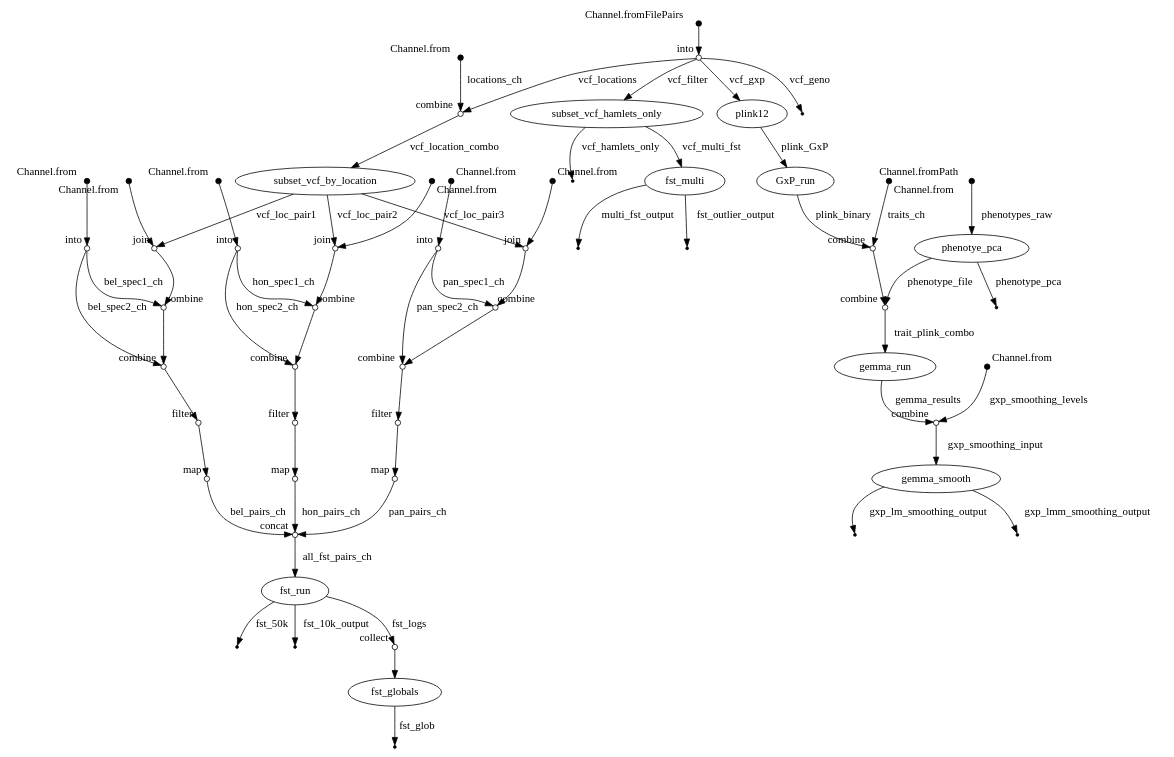
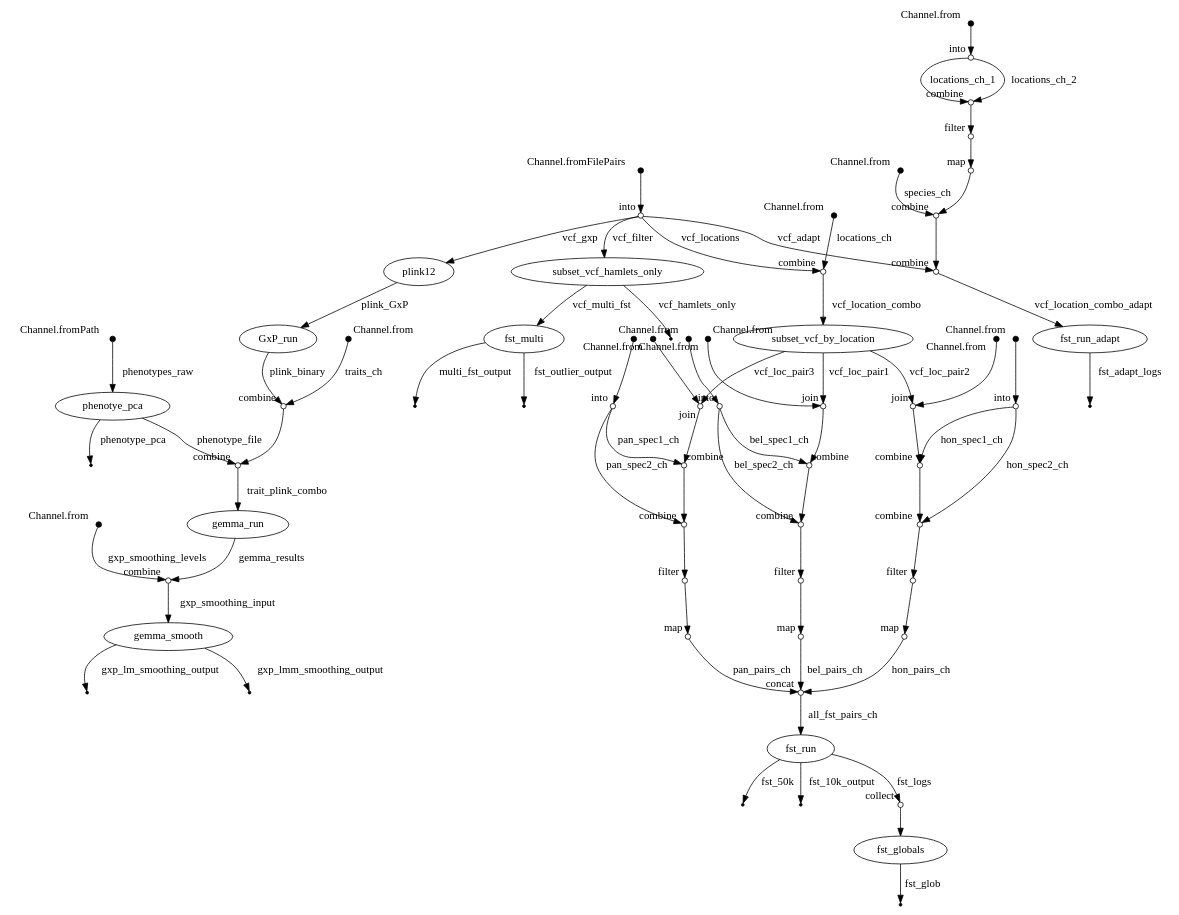
Before and after one commit to k-hench/hamlet_radiation: the diagram in docs/analysis_basic.dot, drawn with Graphviz. The commit also changed 31 other files, not shown here.

```diff
--- a/docs/analysis_basic.dot
+++ b/docs/analysis_basic.dot
@@ -4,239 +4,279 @@
 p0 -> p1;
 
 p1 [shape=circle,label="",fixedsize=true,width=0.1,xlabel="into"];
-p4 [shape=circle,label="",fixedsize=true,width=0.1,xlabel="combine"];
-p1 -> p4 [label="vcf_locations"];
+p41 [label="plink12"];
+p1 -> p41 [label="vcf_gxp"];
 
 p1 [shape=circle,label="",fixedsize=true,width=0.1,xlabel="into"];
-p12 [label="subset_vcf_hamlets_only"];
-p1 -> p12 [label="vcf_filter"];
+p62 [shape=circle,label="",fixedsize=true,width=0.1,xlabel="combine"];
+p1 -> p62 [label="vcf_adapt"];
 
 p1 [shape=circle,label="",fixedsize=true,width=0.1,xlabel="into"];
-p42 [label="plink12"];
-p1 -> p42 [label="vcf_gxp"];
+p3 [shape=circle,label="",fixedsize=true,width=0.1,xlabel="combine"];
+p1 -> p3 [label="vcf_locations"];
 
 p1 [shape=circle,label="",fixedsize=true,width=0.1,xlabel="into"];
-p2 [shape=point];
-p1 -> p2 [label="vcf_geno"];
+p11 [label="subset_vcf_hamlets_only"];
+p1 -> p11 [label="vcf_filter"];
 
-p3 [shape=point,label="",fixedsize=true,width=0.1,xlabel="Channel.from"];
-p4 [shape=circle,label="",fixedsize=true,width=0.1,xlabel="combine"];
-p3 -> p4 [label="locations_ch"];
+p2 [shape=point,label="",fixedsize=true,width=0.1,xlabel="Channel.from"];
+p3 [shape=circle,label="",fixedsize=true,width=0.1,xlabel="combine"];
+p2 -> p3 [label="locations_ch"];
 
-p4 [shape=circle,label="",fixedsize=true,width=0.1,xlabel="combine"];
-p11 [label="subset_vcf_by_location"];
-p4 -> p11 [label="vcf_location_combo"];
+p3 [shape=circle,label="",fixedsize=true,width=0.1,xlabel="combine"];
+p10 [label="subset_vcf_by_location"];
+p3 -> p10 [label="vcf_location_combo"];
 
-p5 [shape=point,label="",fixedsize=true,width=0.1,xlabel="Channel.from"];
-p6 [shape=circle,label="",fixedsize=true,width=0.1,xlabel="into"];
-p5 -> p6;
+p4 [shape=point,label="",fixedsize=true,width=0.1,xlabel="Channel.from"];
+p5 [shape=circle,label="",fixedsize=true,width=0.1,xlabel="into"];
+p4 -> p5;
 
-p6 [shape=circle,label="",fixedsize=true,width=0.1,xlabel="into"];
+p5 [shape=circle,label="",fixedsize=true,width=0.1,xlabel="into"];
 p19 [shape=circle,label="",fixedsize=true,width=0.1,xlabel="combine"];
-p6 -> p19 [label="bel_spec1_ch"];
+p5 -> p19 [label="bel_spec2_ch"];
 
-p6 [shape=circle,label="",fixedsize=true,width=0.1,xlabel="into"];
-p20 [shape=circle,label="",fixedsize=true,width=0.1,xlabel="combine"];
-p6 -> p20 [label="bel_spec2_ch"];
+p5 [shape=circle,label="",fixedsize=true,width=0.1,xlabel="into"];
+p18 [shape=circle,label="",fixedsize=true,width=0.1,xlabel="combine"];
+p5 -> p18 [label="bel_spec1_ch"];
 
-p7 [shape=point,label="",fixedsize=true,width=0.1,xlabel="Channel.from"];
-p8 [shape=circle,label="",fixedsize=true,width=0.1,xlabel="into"];
-p7 -> p8;
+p6 [shape=point,label="",fixedsize=true,width=0.1,xlabel="Channel.from"];
+p7 [shape=circle,label="",fixedsize=true,width=0.1,xlabel="into"];
+p6 -> p7;
 
-p8 [shape=circle,label="",fixedsize=true,width=0.1,xlabel="into"];
+p7 [shape=circle,label="",fixedsize=true,width=0.1,xlabel="into"];
+p24 [shape=circle,label="",fixedsize=true,width=0.1,xlabel="combine"];
+p7 -> p24 [label="hon_spec1_ch"];
+
+p7 [shape=circle,label="",fixedsize=true,width=0.1,xlabel="into"];
 p25 [shape=circle,label="",fixedsize=true,width=0.1,xlabel="combine"];
-p8 -> p25 [label="hon_spec1_ch"];
+p7 -> p25 [label="hon_spec2_ch"];
 
-p8 [shape=circle,label="",fixedsize=true,width=0.1,xlabel="into"];
-p26 [shape=circle,label="",fixedsize=true,width=0.1,xlabel="combine"];
-p8 -> p26 [label="hon_spec2_ch"];
+p8 [shape=point,label="",fixedsize=true,width=0.1,xlabel="Channel.from"];
+p9 [shape=circle,label="",fixedsize=true,width=0.1,xlabel="into"];
+p8 -> p9;
 
-p9 [shape=point,label="",fixedsize=true,width=0.1,xlabel="Channel.from"];
-p10 [shape=circle,label="",fixedsize=true,width=0.1,xlabel="into"];
-p9 -> p10;
+p9 [shape=circle,label="",fixedsize=true,width=0.1,xlabel="into"];
+p31 [shape=circle,label="",fixedsize=true,width=0.1,xlabel="combine"];
+p9 -> p31 [label="pan_spec2_ch"];
 
-p10 [shape=circle,label="",fixedsize=true,width=0.1,xlabel="into"];
-p31 [shape=circle,label="",fixedsize=true,width=0.1,xlabel="combine"];
-p10 -> p31 [label="pan_spec1_ch"];
+p9 [shape=circle,label="",fixedsize=true,width=0.1,xlabel="into"];
+p30 [shape=circle,label="",fixedsize=true,width=0.1,xlabel="combine"];
+p9 -> p30 [label="pan_spec1_ch"];
 
-p10 [shape=circle,label="",fixedsize=true,width=0.1,xlabel="into"];
-p32 [shape=circle,label="",fixedsize=true,width=0.1,xlabel="combine"];
-p10 -> p32 [label="pan_spec2_ch"];
+p10 [label="subset_vcf_by_location"];
+p17 [shape=circle,label="",fixedsize=true,width=0.1,xlabel="join"];
+p10 -> p17 [label="vcf_loc_pair1"];
 
-p11 [label="subset_vcf_by_location"];
-p18 [shape=circle,label="",fixedsize=true,width=0.1,xlabel="join"];
-p11 -> p18 [label="vcf_loc_pair1"];
+p10 [label="subset_vcf_by_location"];
+p23 [shape=circle,label="",fixedsize=true,width=0.1,xlabel="join"];
+p10 -> p23 [label="vcf_loc_pair2"];
 
-p11 [label="subset_vcf_by_location"];
-p24 [shape=circle,label="",fixedsize=true,width=0.1,xlabel="join"];
-p11 -> p24 [label="vcf_loc_pair2"];
+p10 [label="subset_vcf_by_location"];
+p29 [shape=circle,label="",fixedsize=true,width=0.1,xlabel="join"];
+p10 -> p29 [label="vcf_loc_pair3"];
 
-p11 [label="subset_vcf_by_location"];
-p30 [shape=circle,label="",fixedsize=true,width=0.1,xlabel="join"];
-p11 -> p30 [label="vcf_loc_pair3"];
+p11 [label="subset_vcf_hamlets_only"];
+p12 [shape=point];
+p11 -> p12 [label="vcf_hamlets_only"];
 
-p12 [label="subset_vcf_hamlets_only"];
-p13 [shape=point];
-p12 -> p13 [label="vcf_hamlets_only"];
+p11 [label="subset_vcf_hamlets_only"];
+p13 [label="fst_multi"];
+p11 -> p13 [label="vcf_multi_fst"];
 
-p12 [label="subset_vcf_hamlets_only"];
-p14 [label="fst_multi"];
-p12 -> p14 [label="vcf_multi_fst"];
+p13 [label="fst_multi"];
+p15 [shape=point];
+p13 -> p15 [label="multi_fst_output"];
 
-p14 [label="fst_multi"];
-p16 [shape=point];
-p14 -> p16 [label="multi_fst_output"];
+p13 [label="fst_multi"];
+p14 [shape=point];
+p13 -> p14 [label="fst_outlier_output"];
 
-p14 [label="fst_multi"];
-p15 [shape=point];
-p14 -> p15 [label="fst_outlier_output"];
+p16 [shape=point,label="",fixedsize=true,width=0.1,xlabel="Channel.from"];
+p17 [shape=circle,label="",fixedsize=true,width=0.1,xlabel="join"];
+p16 -> p17;
 
-p17 [shape=point,label="",fixedsize=true,width=0.1,xlabel="Channel.from"];
-p18 [shape=circle,label="",fixedsize=true,width=0.1,xlabel="join"];
+p17 [shape=circle,label="",fixedsize=true,width=0.1,xlabel="join"];
+p18 [shape=circle,label="",fixedsize=true,width=0.1,xlabel="combine"];
 p17 -> p18;
 
-p18 [shape=circle,label="",fixedsize=true,width=0.1,xlabel="join"];
+p18 [shape=circle,label="",fixedsize=true,width=0.1,xlabel="combine"];
 p19 [shape=circle,label="",fixedsize=true,width=0.1,xlabel="combine"];
 p18 -> p19;
 
 p19 [shape=circle,label="",fixedsize=true,width=0.1,xlabel="combine"];
-p20 [shape=circle,label="",fixedsize=true,width=0.1,xlabel="combine"];
+p20 [shape=circle,label="",fixedsize=true,width=0.1,xlabel="filter"];
 p19 -> p20;
 
-p20 [shape=circle,label="",fixedsize=true,width=0.1,xlabel="combine"];
-p21 [shape=circle,label="",fixedsize=true,width=0.1,xlabel="filter"];
+p20 [shape=circle,label="",fixedsize=true,width=0.1,xlabel="filter"];
+p21 [shape=circle,label="",fixedsize=true,width=0.1,xlabel="map"];
 p20 -> p21;
 
-p21 [shape=circle,label="",fixedsize=true,width=0.1,xlabel="filter"];
-p22 [shape=circle,label="",fixedsize=true,width=0.1,xlabel="map"];
-p21 -> p22;
+p21 [shape=circle,label="",fixedsize=true,width=0.1,xlabel="map"];
+p34 [shape=circle,label="",fixedsize=true,width=0.1,xlabel="concat"];
+p21 -> p34 [label="bel_pairs_ch"];
 
-p22 [shape=circle,label="",fixedsize=true,width=0.1,xlabel="map"];
-p35 [shape=circle,label="",fixedsize=true,width=0.1,xlabel="concat"];
-p22 -> p35 [label="bel_pairs_ch"];
+p22 [shape=point,label="",fixedsize=true,width=0.1,xlabel="Channel.from"];
+p23 [shape=circle,label="",fixedsize=true,width=0.1,xlabel="join"];
+p22 -> p23;
 
-p23 [shape=point,label="",fixedsize=true,width=0.1,xlabel="Channel.from"];
-p24 [shape=circle,label="",fixedsize=true,width=0.1,xlabel="join"];
+p23 [shape=circle,label="",fixedsize=true,width=0.1,xlabel="join"];
+p24 [shape=circle,label="",fixedsize=true,width=0.1,xlabel="combine"];
 p23 -> p24;
 
-p24 [shape=circle,label="",fixedsize=true,width=0.1,xlabel="join"];
+p24 [shape=circle,label="",fixedsize=true,width=0.1,xlabel="combine"];
 p25 [shape=circle,label="",fixedsize=true,width=0.1,xlabel="combine"];
 p24 -> p25;
 
 p25 [shape=circle,label="",fixedsize=true,width=0.1,xlabel="combine"];
-p26 [shape=circle,label="",fixedsize=true,width=0.1,xlabel="combine"];
+p26 [shape=circle,label="",fixedsize=true,width=0.1,xlabel="filter"];
 p25 -> p26;
 
-p26 [shape=circle,label="",fixedsize=true,width=0.1,xlabel="combine"];
-p27 [shape=circle,label="",fixedsize=true,width=0.1,xlabel="filter"];
+p26 [shape=circle,label="",fixedsize=true,width=0.1,xlabel="filter"];
+p27 [shape=circle,label="",fixedsize=true,width=0.1,xlabel="map"];
 p26 -> p27;
 
-p27 [shape=circle,label="",fixedsize=true,width=0.1,xlabel="filter"];
-p28 [shape=circle,label="",fixedsize=true,width=0.1,xlabel="map"];
-p27 -> p28;
+p27 [shape=circle,label="",fixedsize=true,width=0.1,xlabel="map"];
+p34 [shape=circle,label="",fixedsize=true,width=0.1,xlabel="concat"];
+p27 -> p34 [label="hon_pairs_ch"];
 
-p28 [shape=circle,label="",fixedsize=true,width=0.1,xlabel="map"];
-p35 [shape=circle,label="",fixedsize=true,width=0.1,xlabel="concat"];
-p28 -> p35 [label="hon_pairs_ch"];
+p28 [shape=point,label="",fixedsize=true,width=0.1,xlabel="Channel.from"];
+p29 [shape=circle,label="",fixedsize=true,width=0.1,xlabel="join"];
+p28 -> p29;
 
-p29 [shape=point,label="",fixedsize=true,width=0.1,xlabel="Channel.from"];
-p30 [shape=circle,label="",fixedsize=true,width=0.1,xlabel="join"];
+p29 [shape=circle,label="",fixedsize=true,width=0.1,xlabel="join"];
+p30 [shape=circle,label="",fixedsize=true,width=0.1,xlabel="combine"];
 p29 -> p30;
 
-p30 [shape=circle,label="",fixedsize=true,width=0.1,xlabel="join"];
+p30 [shape=circle,label="",fixedsize=true,width=0.1,xlabel="combine"];
 p31 [shape=circle,label="",fixedsize=true,width=0.1,xlabel="combine"];
 p30 -> p31;
 
 p31 [shape=circle,label="",fixedsize=true,width=0.1,xlabel="combine"];
-p32 [shape=circle,label="",fixedsize=true,width=0.1,xlabel="combine"];
+p32 [shape=circle,label="",fixedsize=true,width=0.1,xlabel="filter"];
 p31 -> p32;
 
-p32 [shape=circle,label="",fixedsize=true,width=0.1,xlabel="combine"];
-p33 [shape=circle,label="",fixedsize=true,width=0.1,xlabel="filter"];
+p32 [shape=circle,label="",fixedsize=true,width=0.1,xlabel="filter"];
+p33 [shape=circle,label="",fixedsize=true,width=0.1,xlabel="map"];
 p32 -> p33;
 
-p33 [shape=circle,label="",fixedsize=true,width=0.1,xlabel="filter"];
-p34 [shape=circle,label="",fixedsize=true,width=0.1,xlabel="map"];
-p33 -> p34;
+p33 [shape=circle,label="",fixedsize=true,width=0.1,xlabel="map"];
+p34 [shape=circle,label="",fixedsize=true,width=0.1,xlabel="concat"];
+p33 -> p34 [label="pan_pairs_ch"];
 
-p34 [shape=circle,label="",fixedsize=true,width=0.1,xlabel="map"];
-p35 [shape=circle,label="",fixedsize=true,width=0.1,xlabel="concat"];
-p34 -> p35 [label="pan_pairs_ch"];
+p34 [shape=circle,label="",fixedsize=true,width=0.1,xlabel="concat"];
+p35 [label="fst_run"];
+p34 -> p35 [label="all_fst_pairs_ch"];
 
-p35 [shape=circle,label="",fixedsize=true,width=0.1,xlabel="concat"];
-p36 [label="fst_run"];
-p35 -> p36 [label="all_fst_pairs_ch"];
+p35 [label="fst_run"];
+p37 [shape=point];
+p35 -> p37 [label="fst_50k"];
 
-p36 [label="fst_run"];
-p38 [shape=point];
-p36 -> p38 [label="fst_50k"];
+p35 [label="fst_run"];
+p36 [shape=point];
+p35 -> p36 [label="fst_10k_output"];
 
-p36 [label="fst_run"];
-p37 [shape=point];
-p36 -> p37 [label="fst_10k_output"];
+p35 [label="fst_run"];
+p38 [shape=circle,label="",fixedsize=true,width=0.1,xlabel="collect"];
+p35 -> p38 [label="fst_logs"];
 
-p36 [label="fst_run"];
-p39 [shape=circle,label="",fixedsize=true,width=0.1,xlabel="collect"];
-p36 -> p39 [label="fst_logs"];
+p38 [shape=circle,label="",fixedsize=true,width=0.1,xlabel="collect"];
+p39 [label="fst_globals"];
+p38 -> p39;
 
-p39 [shape=circle,label="",fixedsize=true,width=0.1,xlabel="collect"];
-p40 [label="fst_globals"];
-p39 -> p40;
+p39 [label="fst_globals"];
+p40 [shape=point];
+p39 -> p40 [label="fst_glob"];
 
-p40 [label="fst_globals"];
-p41 [shape=point];
-p40 -> p41 [label="fst_glob"];
+p41 [label="plink12"];
+p42 [label="GxP_run"];
+p41 -> p42 [label="plink_GxP"];
 
-p42 [label="plink12"];
-p43 [label="GxP_run"];
-p42 -> p43 [label="plink_GxP"];
+p42 [label="GxP_run"];
+p47 [shape=circle,label="",fixedsize=true,width=0.1,xlabel="combine"];
+p42 -> p47 [label="plink_binary"];
 
-p43 [label="GxP_run"];
+p43 [shape=point,label="",fixedsize=true,width=0.1,xlabel="Channel.fromPath"];
+p44 [label="phenotye_pca"];
+p43 -> p44 [label="phenotypes_raw"];
+
+p44 [label="phenotye_pca"];
 p48 [shape=circle,label="",fixedsize=true,width=0.1,xlabel="combine"];
-p43 -> p48 [label="plink_binary"];
+p44 -> p48 [label="phenotype_file"];
 
-p44 [shape=point,label="",fixedsize=true,width=0.1,xlabel="Channel.fromPath"];
-p45 [label="phenotye_pca"];
-p44 -> p45 [label="phenotypes_raw"];
+p44 [label="phenotye_pca"];
+p45 [shape=point];
+p44 -> p45 [label="phenotype_pca"];
 
-p45 [label="phenotye_pca"];
-p49 [shape=circle,label="",fixedsize=true,width=0.1,xlabel="combine"];
-p45 -> p49 [label="phenotype_file"];
+p46 [shape=point,label="",fixedsize=true,width=0.1,xlabel="Channel.from"];
+p47 [shape=circle,label="",fixedsize=true,width=0.1,xlabel="combine"];
+p46 -> p47 [label="traits_ch"];
 
-p45 [label="phenotye_pca"];
-p46 [shape=point];
-p45 -> p46 [label="phenotype_pca"];
-
-p47 [shape=point,label="",fixedsize=true,width=0.1,xlabel="Channel.from"];
+p47 [shape=circle,label="",fixedsize=true,width=0.1,xlabel="combine"];
 p48 [shape=circle,label="",fixedsize=true,width=0.1,xlabel="combine"];
-p47 -> p48 [label="traits_ch"];
+p47 -> p48;
 
 p48 [shape=circle,label="",fixedsize=true,width=0.1,xlabel="combine"];
-p49 [shape=circle,label="",fixedsize=true,width=0.1,xlabel="combine"];
-p48 -> p49;
+p49 [label="gemma_run"];
+p48 -> p49 [label="trait_plink_combo"];
 
-p49 [shape=circle,label="",fixedsize=true,width=0.1,xlabel="combine"];
-p50 [label="gemma_run"];
-p49 -> p50 [label="trait_plink_combo"];
+p49 [label="gemma_run"];
+p51 [shape=circle,label="",fixedsize=true,width=0.1,xlabel="combine"];
+p49 -> p51 [label="gemma_results"];
 
-p50 [label="gemma_run"];
-p52 [shape=circle,label="",fixedsize=true,width=0.1,xlabel="combine"];
-p50 -> p52 [label="gemma_results"];
+p50 [shape=point,label="",fixedsize=true,width=0.1,xlabel="Channel.from"];
+p51 [shape=circle,label="",fixedsize=true,width=0.1,xlabel="combine"];
+p50 -> p51 [label="gxp_smoothing_levels"];
 
-p51 [shape=point,label="",fixedsize=true,width=0.1,xlabel="Channel.from"];
-p52 [shape=circle,label="",fixedsize=true,width=0.1,xlabel="combine"];
-p51 -> p52 [label="gxp_smoothing_levels"];
+p51 [shape=circle,label="",fixedsize=true,width=0.1,xlabel="combine"];
+p52 [label="gemma_smooth"];
+p51 -> p52 [label="gxp_smoothing_input"];
 
-p52 [shape=circle,label="",fixedsize=true,width=0.1,xlabel="combine"];
-p53 [label="gemma_smooth"];
-p52 -> p53 [label="gxp_smoothing_input"];
+p52 [label="gemma_smooth"];
+p54 [shape=point];
+p52 -> p54 [label="gxp_lm_smoothing_output"];
 
-p53 [label="gemma_smooth"];
-p55 [shape=point];
-p53 -> p55 [label="gxp_lm_smoothing_output"];
+p52 [label="gemma_smooth"];
+p53 [shape=point];
+p52 -> p53 [label="gxp_lmm_smoothing_output"];
 
-p53 [label="gemma_smooth"];
-p54 [shape=point];
-p53 -> p54 [label="gxp_lmm_smoothing_output"];
+p55 [shape=point,label="",fixedsize=true,width=0.1,xlabel="Channel.from"];
+p61 [shape=circle,label="",fixedsize=true,width=0.1,xlabel="combine"];
+p55 -> p61 [label="species_ch"];
+
+p56 [shape=point,label="",fixedsize=true,width=0.1,xlabel="Channel.from"];
+p57 [shape=circle,label="",fixedsize=true,width=0.1,xlabel="into"];
+p56 -> p57;
+
+p57 [shape=circle,label="",fixedsize=true,width=0.1,xlabel="into"];
+p58 [shape=circle,label="",fixedsize=true,width=0.1,xlabel="combine"];
+p57 -> p58 [label="locations_ch_1"];
+
+p57 [shape=circle,label="",fixedsize=true,width=0.1,xlabel="into"];
+p58 [shape=circle,label="",fixedsize=true,width=0.1,xlabel="combine"];
+p57 -> p58 [label="locations_ch_2"];
+
+p58 [shape=circle,label="",fixedsize=true,width=0.1,xlabel="combine"];
+p59 [shape=circle,label="",fixedsize=true,width=0.1,xlabel="filter"];
+p58 -> p59;
+
+p59 [shape=circle,label="",fixedsize=true,width=0.1,xlabel="filter"];
+p60 [shape=circle,label="",fixedsize=true,width=0.1,xlabel="map"];
+p59 -> p60;
+
+p60 [shape=circle,label="",fixedsize=true,width=0.1,xlabel="map"];
+p61 [shape=circle,label="",fixedsize=true,width=0.1,xlabel="combine"];
+p60 -> p61;
+
+p61 [shape=circle,label="",fixedsize=true,width=0.1,xlabel="combine"];
+p62 [shape=circle,label="",fixedsize=true,width=0.1,xlabel="combine"];
+p61 -> p62;
+
+p62 [shape=circle,label="",fixedsize=true,width=0.1,xlabel="combine"];
+p63 [label="fst_run_adapt"];
+p62 -> p63 [label="vcf_location_combo_adapt"];
+
+p63 [label="fst_run_adapt"];
+p64 [shape=point];
+p63 -> p64 [label="fst_adapt_logs"];
 
 }
```
